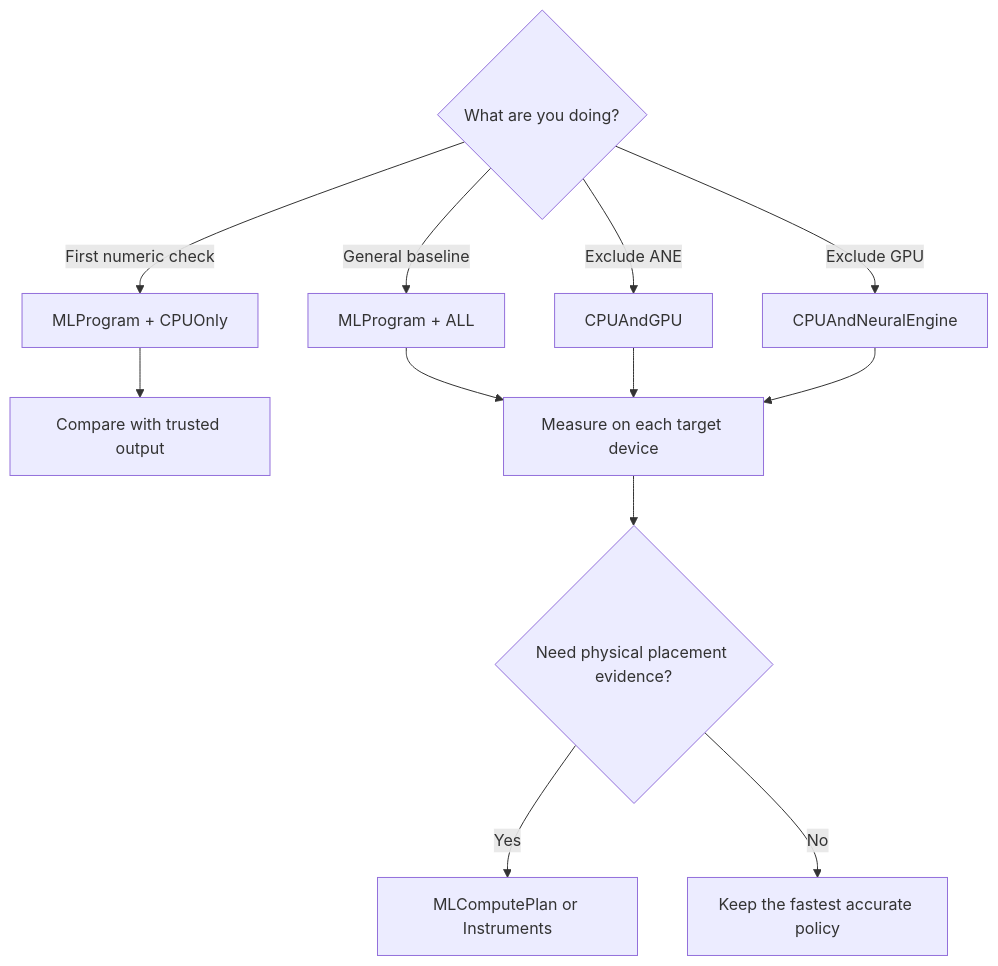
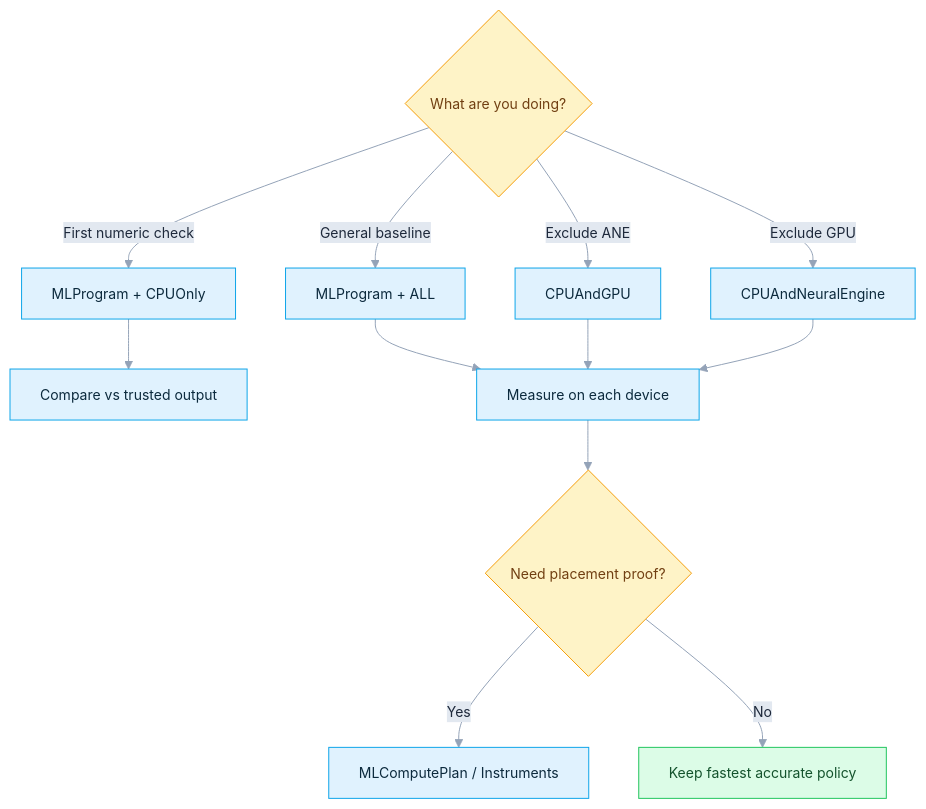
One commit to DakeQQ/Tutorial-ONNX-Runtime-Execution-Providers changed the fifth of 12 diagrams in Apple/README.md. Above: the diagram before and after it, drawn with Mermaid. The commit also changed other lines of this file and 15 other files, not shown here.

````diff
--- a/Apple/README.md
+++ b/Apple/README.md
@@ -160,15 +208,22 @@
 ```mermaid
+%%{init: {"theme":"base","themeVariables":{"fontSize":"14px","lineColor":"#94a3b8","edgeLabelBackground":"#e2e8f0","primaryTextColor":"#1e293b"}}}%%
 flowchart TD
-    A{What are you doing?}
-    A -->|First numeric check| B[MLProgram + CPUOnly]
-    A -->|General baseline| C[MLProgram + ALL]
-    A -->|Exclude ANE| D[CPUAndGPU]
-    A -->|Exclude GPU| E[CPUAndNeuralEngine]
-    B --> F[Compare with trusted output]
-    C --> G[Measure on each target device]
+    A{"What are you doing?"}
+    A -->|First numeric check| B["MLProgram + CPUOnly"]
+    A -->|General baseline| C["MLProgram + ALL"]
+    A -->|Exclude ANE| D["CPUAndGPU"]
+    A -->|Exclude GPU| E["CPUAndNeuralEngine"]
+    B --> F["Compare vs trusted output"]
+    C --> G["Measure on each device"]
     D --> G
     E --> G
-    G --> H{Need physical placement evidence?}
-    H -->|Yes| I[MLComputePlan or Instruments]
-    H -->|No| J[Keep the fastest accurate policy]
+    G --> H{"Need placement proof?"}
+    H -->|Yes| I["MLComputePlan / Instruments"]
+    H -->|No| J["Keep fastest accurate policy"]
+    classDef step fill:#e0f2fe,stroke:#0ea5e9,color:#0c2a3d;
+    classDef dec fill:#fef3c7,stroke:#f59e0b,color:#713f12;
+    classDef good fill:#dcfce7,stroke:#22c55e,color:#14532d;
+    class B,C,D,E,F,G,I step;
+    class A,H dec;
+    class J good;
 ```
````
